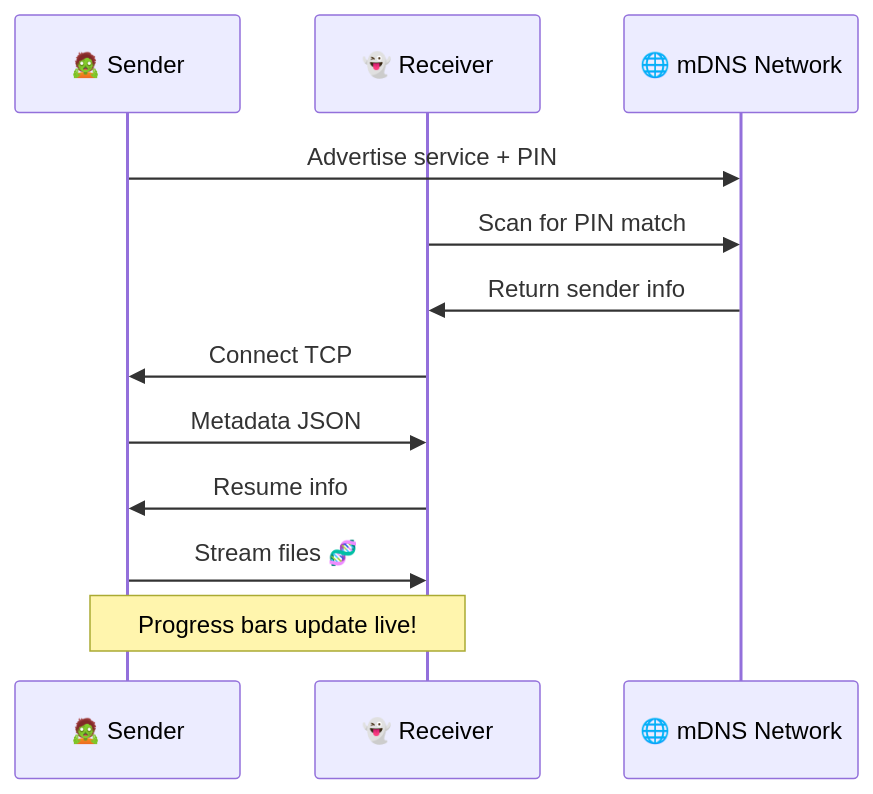
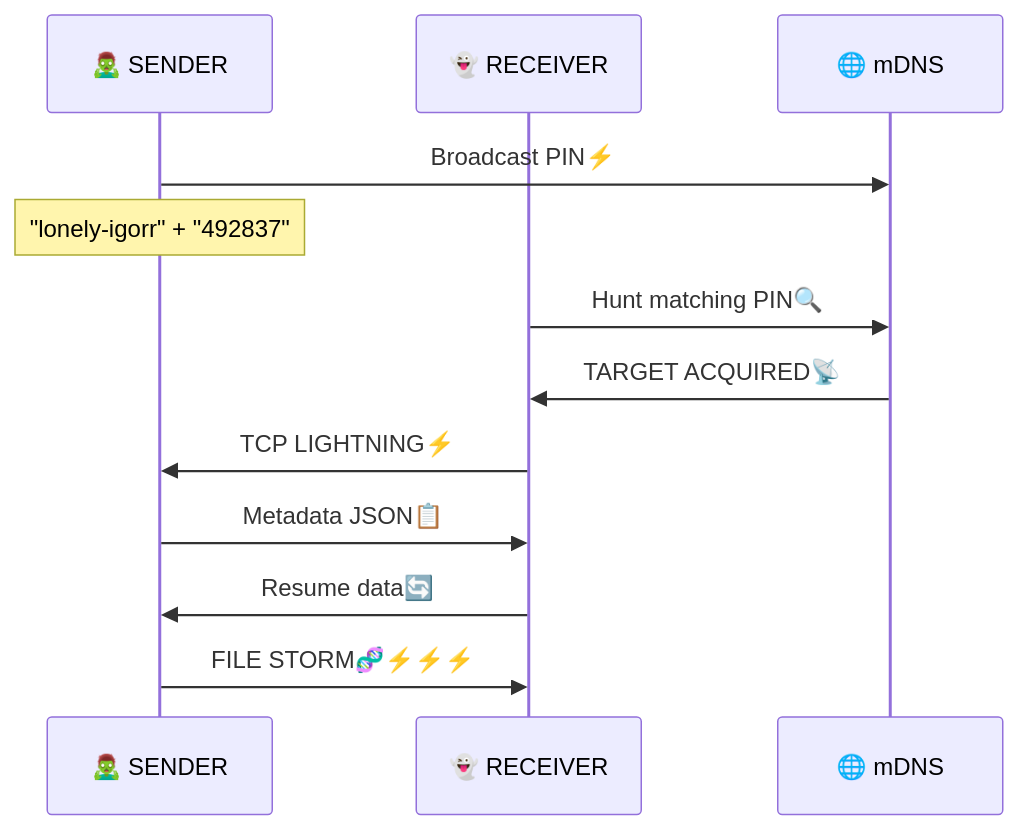
One commit to kencypher56/cypher-share changed the diagram in README.md. Above: the diagram before and after it, drawn with Mermaid. The commit also changed other lines of this file, not shown here.

Commit message:
Live View Updated

````diff
--- a/README.md
+++ b/README.md
@@ -61,15 +76,15 @@
 ```mermaid
 sequenceDiagram
-    participant S as 🧟 Sender
-    participant R as 👻 Receiver
-    participant N as 🌐 mDNS Network
+    participant S as 🧟‍♂️ SENDER
+    participant R as 👻 RECEIVER
+    participant N as 🌐 mDNS
     
-    S->>N: Advertise service + PIN
-    R->>N: Scan for PIN match
-    N->>R: Return sender info
-    R->>S: Connect TCP
-    S->>R: Metadata JSON
-    R->>S: Resume info
-    S->>R: Stream files 🧬
-    Note over S,R: Progress bars update live!
+    S->>N: Broadcast PIN⚡
+    Note over S: "lonely-igorr" + "492837"
+    R->>N: Hunt matching PIN🔍
+    N->>R: TARGET ACQUIRED📡
+    R->>S: TCP LIGHTNING⚡
+    S->>R: Metadata JSON📋
+    R->>S: Resume data🔄
+    S->>R: FILE STORM🧬⚡⚡⚡
 ```
````
